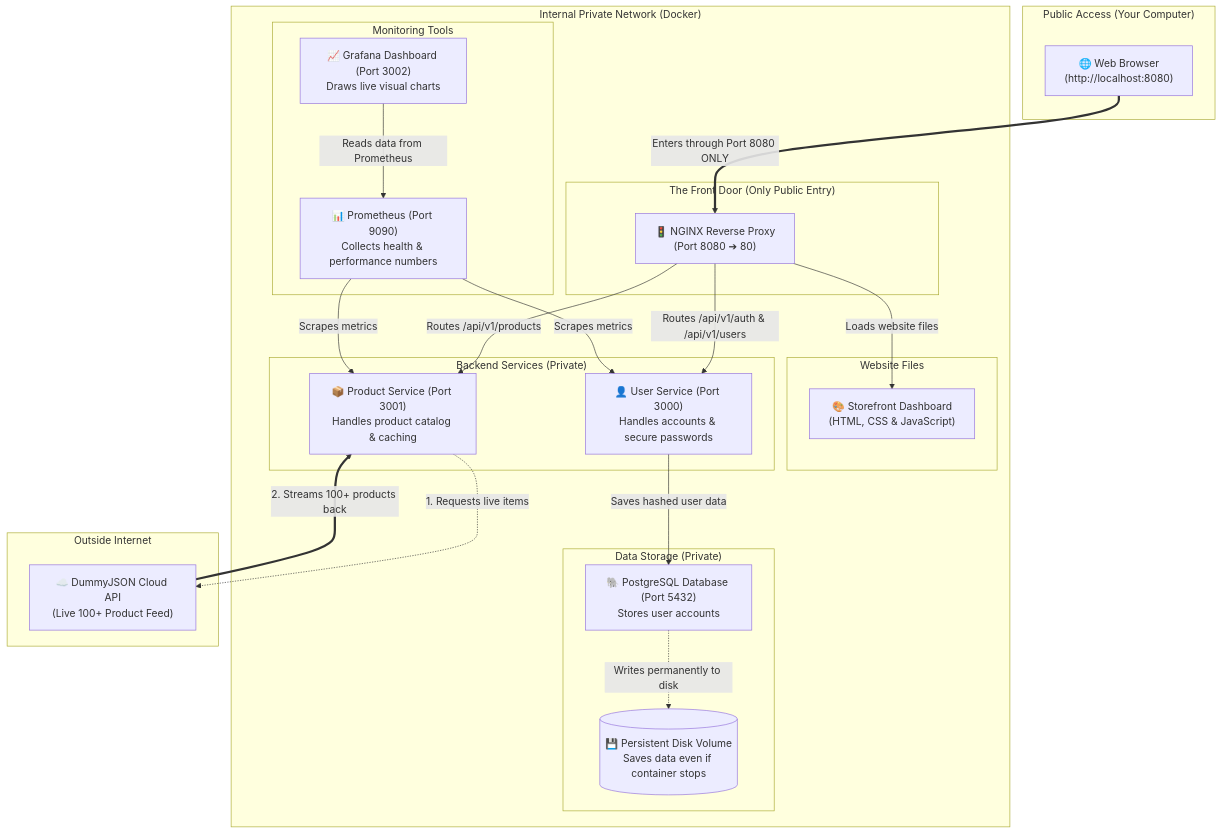
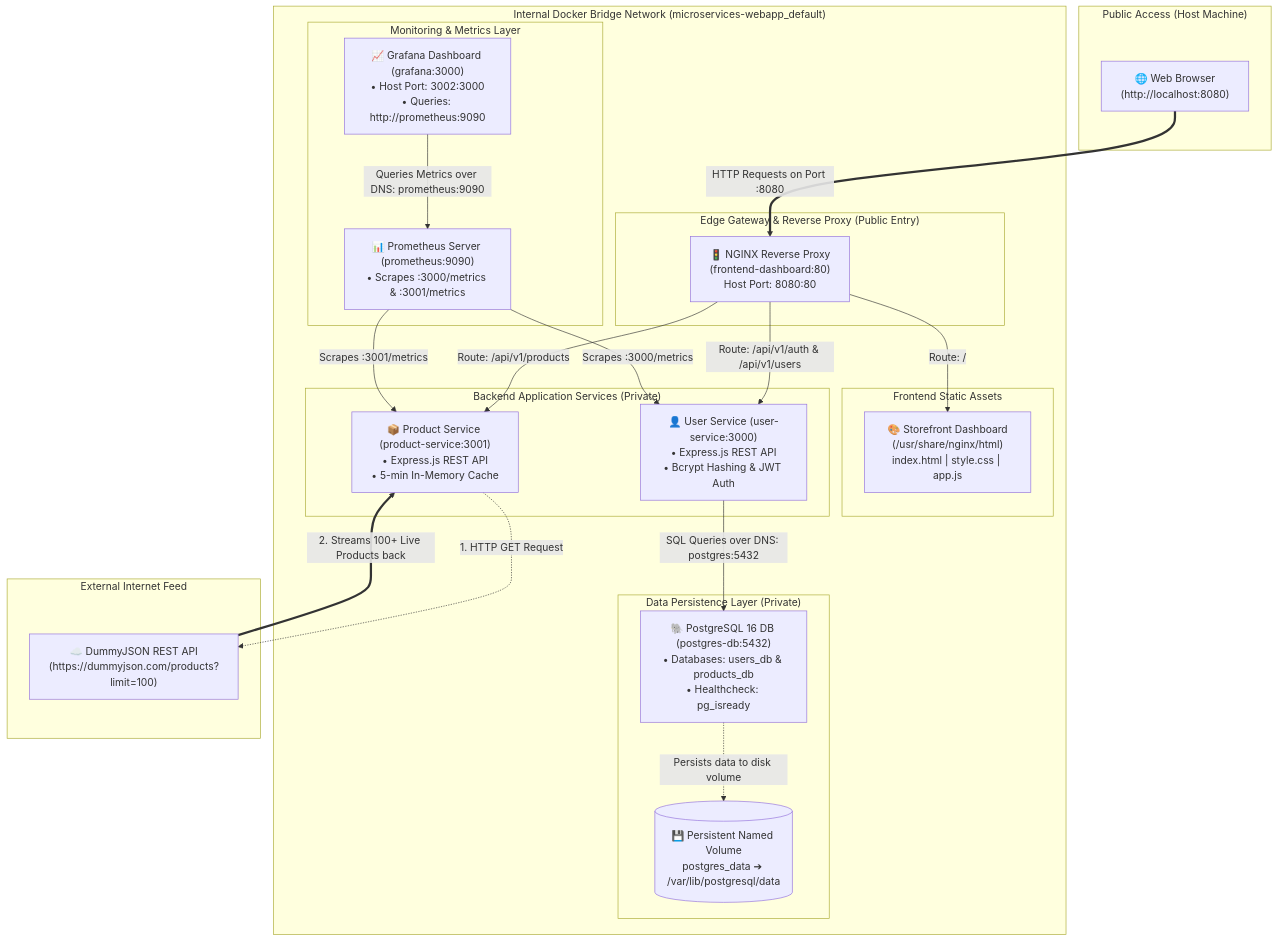
One commit to DeemanthaGunasekara/cloud-native-microservices-platform changed the diagram in README.md. Above: the diagram before and after it, drawn with Mermaid. The commit also changed other lines of this file, not shown here.

Commit message:
docs: professional technical README overhaul with complete Kubernetes, Helm, endpoints, and architecture specifications

````diff
--- a/README.md
+++ b/README.md
@@ -9,57 +9,57 @@
 ```mermaid
 flowchart TD
-    subgraph Client["Public Access (Your Computer)"]
+    subgraph Client["Public Access (Host Machine)"]
         Browser["🌐 Web Browser\n(http://localhost:8080)"]
     end
 
-    subgraph DockerNetwork["Internal Private Network (Docker)"]
+    subgraph DockerNetwork["Internal Docker Bridge Network (microservices-webapp_default)"]
         
-        subgraph GatewayTier["The Front Door (Only Public Entry)"]
-            Nginx["🚦 NGINX Reverse Proxy\n(Port 8080 ➔ 80)"]
+        subgraph GatewayTier["Edge Gateway & Reverse Proxy (Public Entry)"]
+            Nginx["🚦 NGINX Reverse Proxy\n(frontend-dashboard:80)\nHost Port: 8080:80"]
         end
 
-        subgraph FrontendTier["Website Files"]
-            StaticFiles["🎨 Storefront Dashboard\n(HTML, CSS & JavaScript)"]
+        subgraph FrontendTier["Frontend Static Assets"]
+            StaticFiles["🎨 Storefront Dashboard\n(/usr/share/nginx/html)\nindex.html | style.css | app.js"]
         end
 
-        subgraph MicroservicesTier["Backend Services (Private)"]
-            UserService["👤 User Service (Port 3000)\nHandles accounts & secure passwords"]
-            ProductService["📦 Product Service (Port 3001)\nHandles product catalog & caching"]
+        subgraph MicroservicesTier["Backend Application Services (Private)"]
+            UserService["👤 User Service (user-service:3000)\n• Express.js REST API\n• Bcrypt Hashing & JWT Auth"]
+            ProductService["📦 Product Service (product-service:3001)\n• Express.js REST API\n• 5-min In-Memory Cache"]
         end
 
-        subgraph DatabaseTier["Data Storage (Private)"]
-            Postgres["🐘 PostgreSQL Database (Port 5432)\nStores user accounts"]
-            Volume[("💾 Persistent Disk Volume\nSaves data even if container stops")]
+        subgraph DatabaseTier["Data Persistence Layer (Private)"]
+            Postgres["🐘 PostgreSQL 16 DB (postgres-db:5432)\n• Databases: users_db & products_db\n• Healthcheck: pg_isready"]
+            Volume[("💾 Persistent Named Volume\npostgres_data ➔ /var/lib/postgresql/data")]
         end
 
-        subgraph ObservabilityTier["Monitoring Tools"]
-            Prometheus["📊 Prometheus (Port 9090)\nCollects health & performance numbers"]
-            Grafana["📈 Grafana Dashboard (Port 3002)\nDraws live visual charts"]
+        subgraph ObservabilityTier["Monitoring & Metrics Layer"]
+            Prometheus["📊 Prometheus Server (prometheus:9090)\n• Scrapes :3000/metrics & :3001/metrics"]
+            Grafana["📈 Grafana Dashboard (grafana:3000)\n• Host Port: 3002:3000\n• Queries: http://prometheus:9090"]
         end
     end
 
-    subgraph ExternalWeb["Outside Internet"]
-        DummyJSON["☁️ DummyJSON Cloud API\n(Live 100+ Product Feed)"]
+    subgraph ExternalWeb["External Internet Feed"]
+        DummyJSON["☁️ DummyJSON REST API\n(https://dummyjson.com/products?limit=100)"]
     end
 
-    %% Inbound traffic
-    Browser ==>|Enters through Port 8080 ONLY| Nginx
+    %% Inbound Traffic Flow
+    Browser ==>|HTTP Requests on Port :8080| Nginx
 
-    %% Internal routing
-    Nginx -->|Loads website files| StaticFiles
-    Nginx -->|Routes /api/v1/auth & /api/v1/users| UserService
-    Nginx -->|Routes /api/v1/products| ProductService
+    %% Reverse Proxy Path Routing
+    Nginx -->|Route: / | StaticFiles
+    Nginx -->|Route: /api/v1/auth & /api/v1/users| UserService
+    Nginx -->|Route: /api/v1/products| ProductService
 
-    %% Database saving
-    UserService -->|Saves hashed user data| Postgres
-    Postgres -.->|Writes permanently to disk| Volume
+    %% Microservice to Database Communication
+    UserService -->|SQL Queries over DNS: postgres:5432| Postgres
+    Postgres -.->|Persists data to disk volume| Volume
 
-    %% Live internet data pull
-    ProductService -.->|1. Requests live items| DummyJSON
-    DummyJSON ==>|2. Streams 100+ products back| ProductService
+    %% External Data Ingestion
+    ProductService -.->|1. HTTP GET Request| DummyJSON
+    DummyJSON ==>|2. Streams 100+ Live Products back| ProductService
 
-    %% Monitoring
-    Prometheus -->|Scrapes metrics| UserService
-    Prometheus -->|Scrapes metrics| ProductService
-    Grafana -->|Reads data from Prometheus| Prometheus
+    %% Observability Scraping
+    Prometheus -->|Scrapes :3000/metrics| UserService
+    Prometheus -->|Scrapes :3001/metrics| ProductService
+    Grafana -->|Queries Metrics over DNS: prometheus:9090| Prometheus
 ```
````
